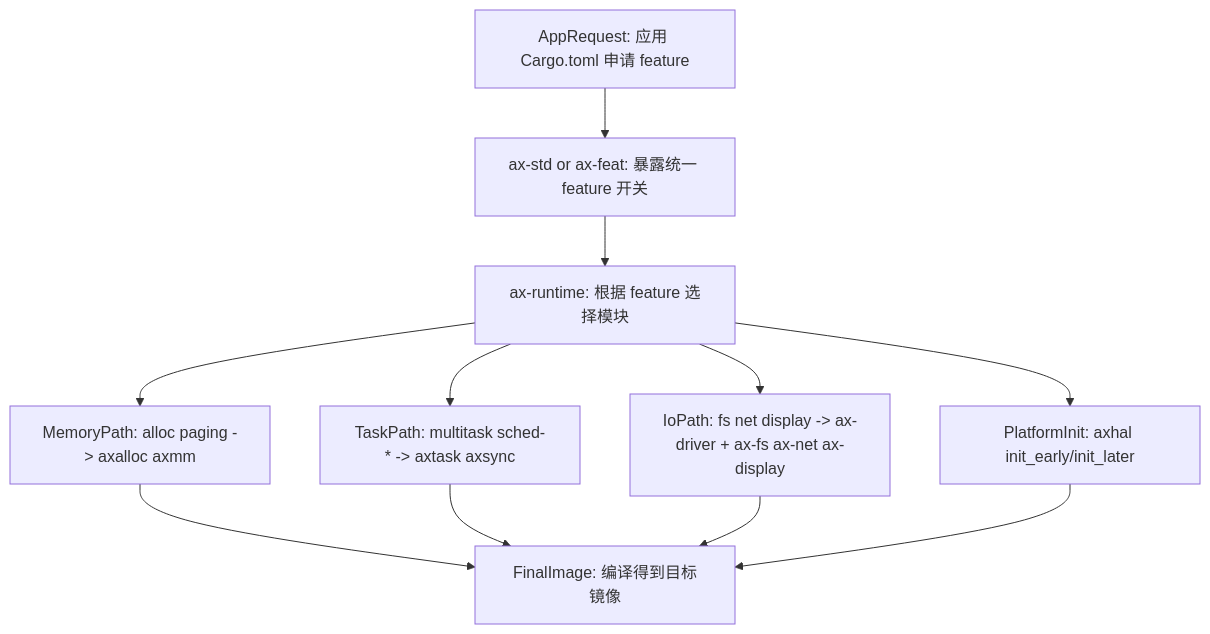
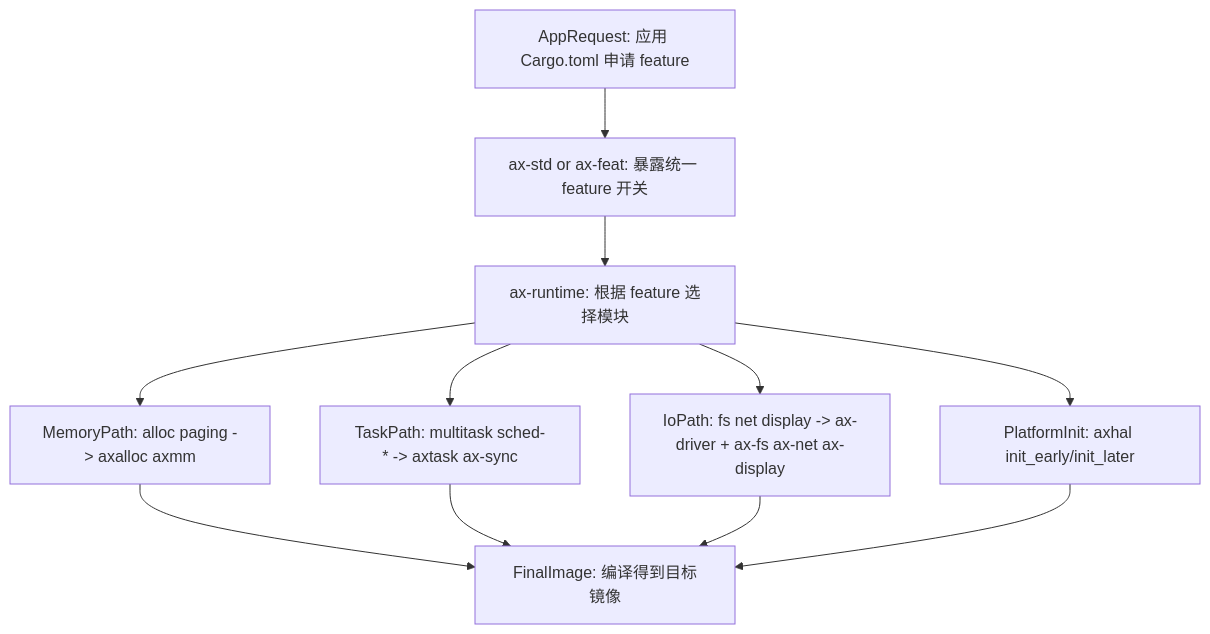
The second of 5 diagrams in docs/arceos-internals.md (zKurisu/tgoskits), drawn with Mermaid before and after one commit. The commit also changed other lines of this file and 79 other files, not shown here.

Commit message:
rename axsync to ax-sync

````diff
--- a/docs/arceos-internals.md
+++ b/docs/arceos-internals.md
@@ -122,22 +122,22 @@
 ```mermaid
 flowchart TD
     appRequest["AppRequest: 应用 Cargo.toml 申请 feature"]
     axstdAxfeat["ax-std or ax-feat: 暴露统一 feature 开关"]
     runtimeGate["ax-runtime: 根据 feature 选择模块"]
     memPath["MemoryPath: alloc paging -> axalloc axmm"]
-    taskPath["TaskPath: multitask sched-* -> axtask axsync"]
+    taskPath["TaskPath: multitask sched-* -> axtask ax-sync"]
     ioPath["IoPath: fs net display -> ax-driver + ax-fs ax-net ax-display"]
     platformInit["PlatformInit: axhal init_early/init_later"]
     finalImage["FinalImage: 编译得到目标镜像"]
 
     appRequest --> axstdAxfeat
     axstdAxfeat --> runtimeGate
     runtimeGate --> memPath
     runtimeGate --> taskPath
     runtimeGate --> ioPath
     runtimeGate --> platformInit
     memPath --> finalImage
     taskPath --> finalImage
     ioPath --> finalImage
     platformInit --> finalImage
 ```
````
